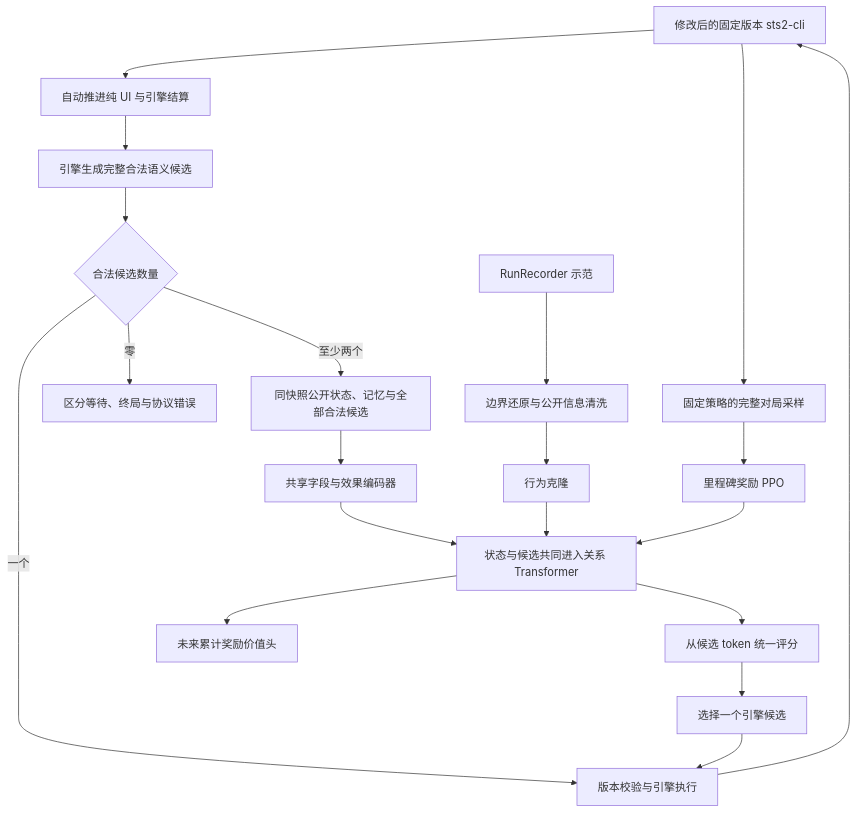
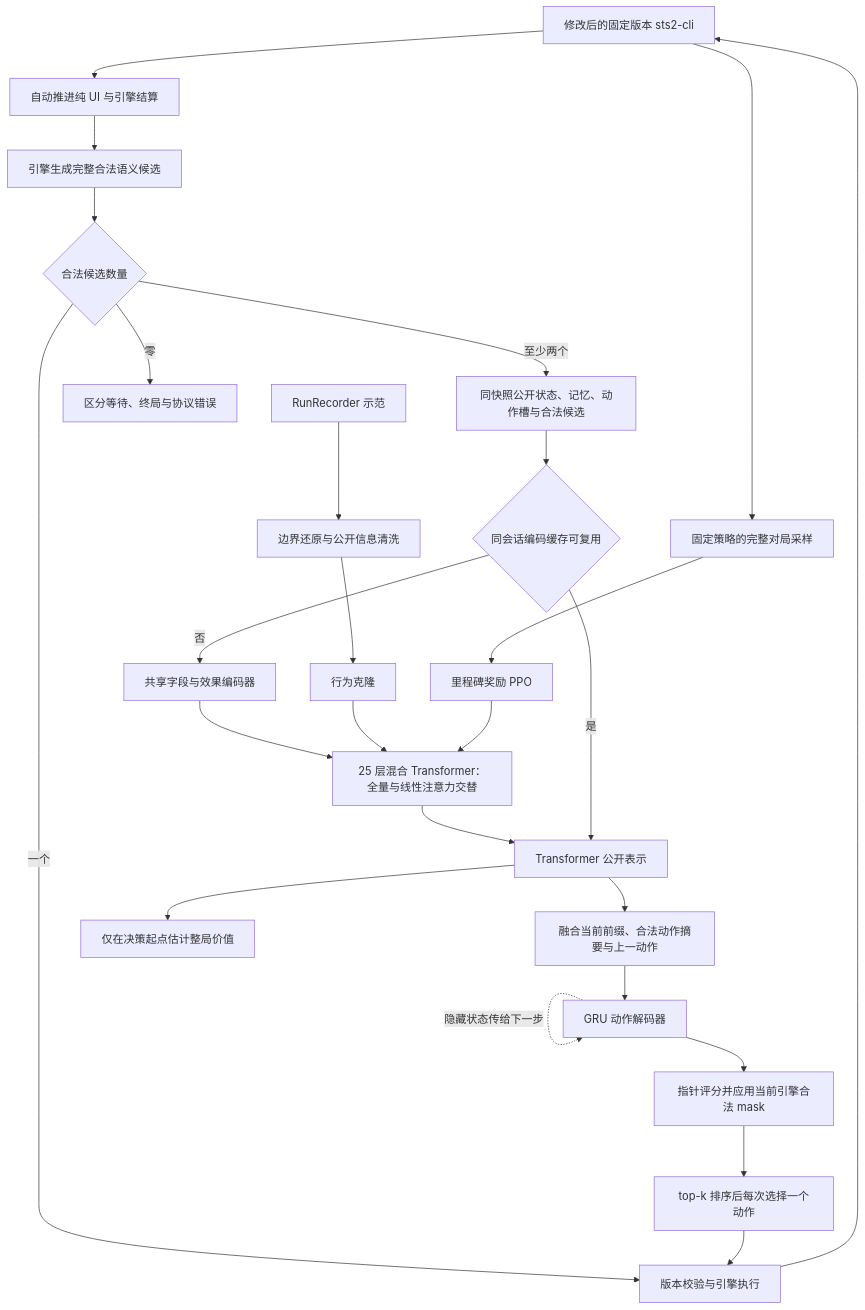
One commit to Nastu-Koi/Spire-model changed the diagram in ARCHITECTURE.md. Above: the diagram before and after it, drawn with Mermaid. The commit also changed other lines of this file and 154 other files, not shown here.

Commit message:
Update Architecture doc

````diff
--- a/ARCHITECTURE.md
+++ b/ARCHITECTURE.md
@@ -13,22 +15,28 @@
 ```mermaid
 flowchart TD
     E[修改后的固定版本 sts2-cli] --> R0[自动推进纯 UI 与引擎结算]
     R0 --> A[引擎生成完整合法语义候选]
     A --> G{合法候选数量}
     G -->|一个| C[版本校验与引擎执行]
-    G -->|至少两个| P[同快照公开状态、记忆与全部合法候选]
+    G -->|至少两个| P[同快照公开状态、记忆、动作槽与合法候选]
     G -->|零| Z[区分等待、终局与协议错误]
-    P --> X[共享字段与效果编码器]
-    X --> T[状态与候选共同进入关系 Transformer]
-    T --> S[从候选 token 统一评分]
-    T --> V[未来累计奖励价值头]
-    S --> D[选择一个引擎候选]
-    D --> C
+    P --> F{同会话编码缓存可复用}
+    F -->|否| X[共享字段与效果编码器]
+    X --> T[25 层混合 Transformer：全量与线性注意力交替]
+    T --> H[Transformer 公开表示]
+    F -->|是| H
+    H --> I[融合当前前缀、合法动作摘要与上一动作]
+    I --> D[GRU 动作解码器]
+    D -.->|隐藏状态传给下一步| D
+    D --> S[指针评分并应用当前引擎合法 mask]
+    S --> K[top-k 排序后每次选择一个动作]
+    H --> V[仅在决策起点估计整局价值]
+    K --> C
     C --> E
     R[RunRecorder 示范] --> N[边界还原与公开信息清洗]
     N --> B[行为克隆]
     E --> O[固定策略的完整对局采样]
     O --> U[里程碑奖励 PPO]
     B --> T
     U --> T
 ```
````
